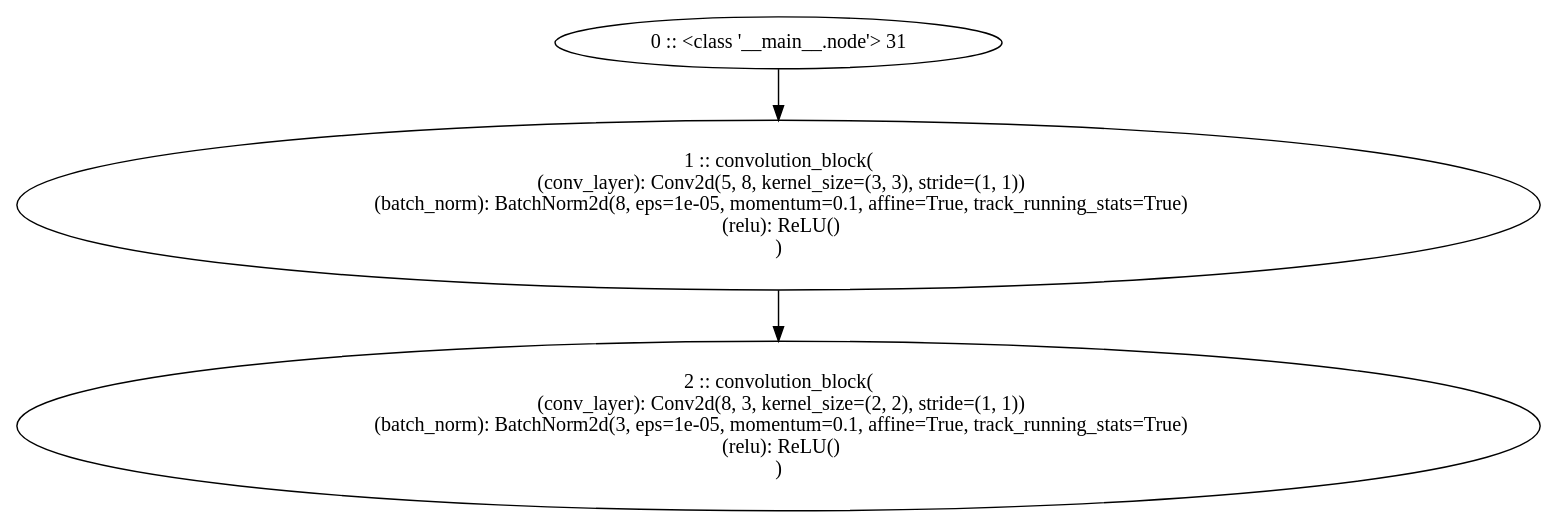
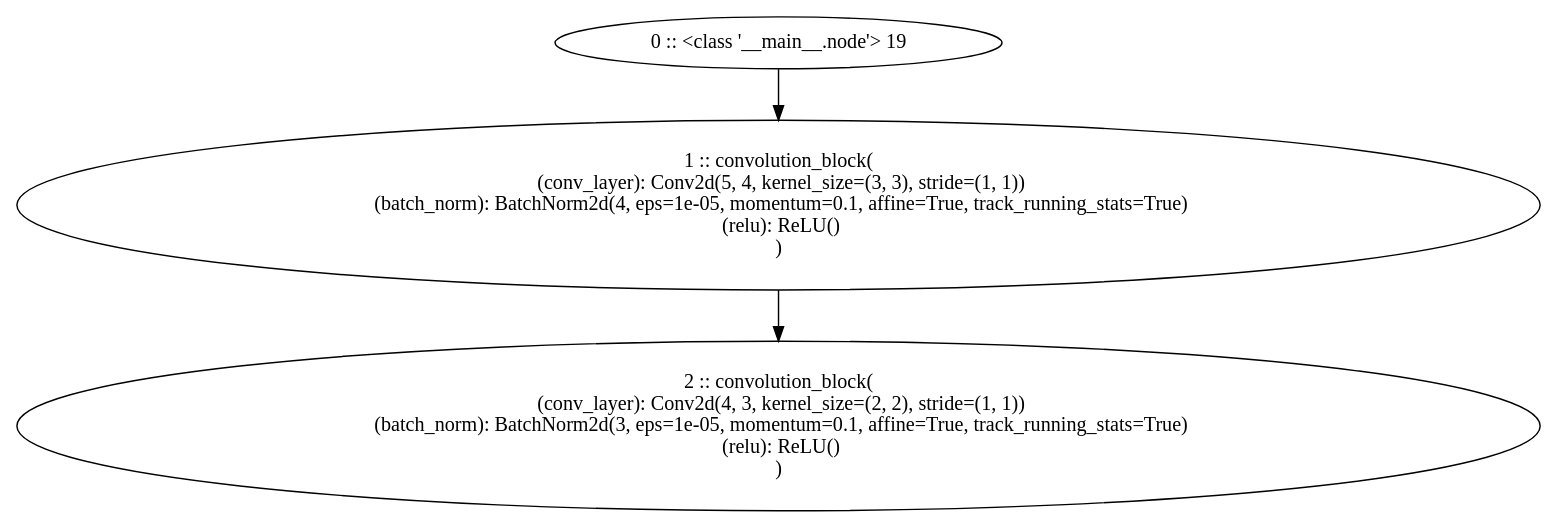
The diagram in arch.gv (pradyumn014/NeuralArchitectureSearch), drawn with Graphviz before and after one commit. The commit also changed 3 other files, not shown here.

```diff
--- a/arch.gv
+++ b/arch.gv
@@ -1,16 +1,16 @@
 // arch.gv
 digraph arch {
-	0 [label="0 :: <class '__main__.node'> 31"]
+	0 [label="0 :: <class '__main__.node'> 19"]
 	1 [label="1 :: convolution_block(
-  (conv_layer): Conv2d(5, 8, kernel_size=(3, 3), stride=(1, 1))
-  (batch_norm): BatchNorm2d(8, eps=1e-05, momentum=0.1, affine=True, track_running_stats=True)
+  (conv_layer): Conv2d(5, 4, kernel_size=(3, 3), stride=(1, 1))
+  (batch_norm): BatchNorm2d(4, eps=1e-05, momentum=0.1, affine=True, track_running_stats=True)
   (relu): ReLU()
 )"]
 	2 [label="2 :: convolution_block(
-  (conv_layer): Conv2d(8, 3, kernel_size=(2, 2), stride=(1, 1))
+  (conv_layer): Conv2d(4, 3, kernel_size=(2, 2), stride=(1, 1))
   (batch_norm): BatchNorm2d(3, eps=1e-05, momentum=0.1, affine=True, track_running_stats=True)
   (relu): ReLU()
 )"]
 	0 -> 1
 	1 -> 2
 }
```
